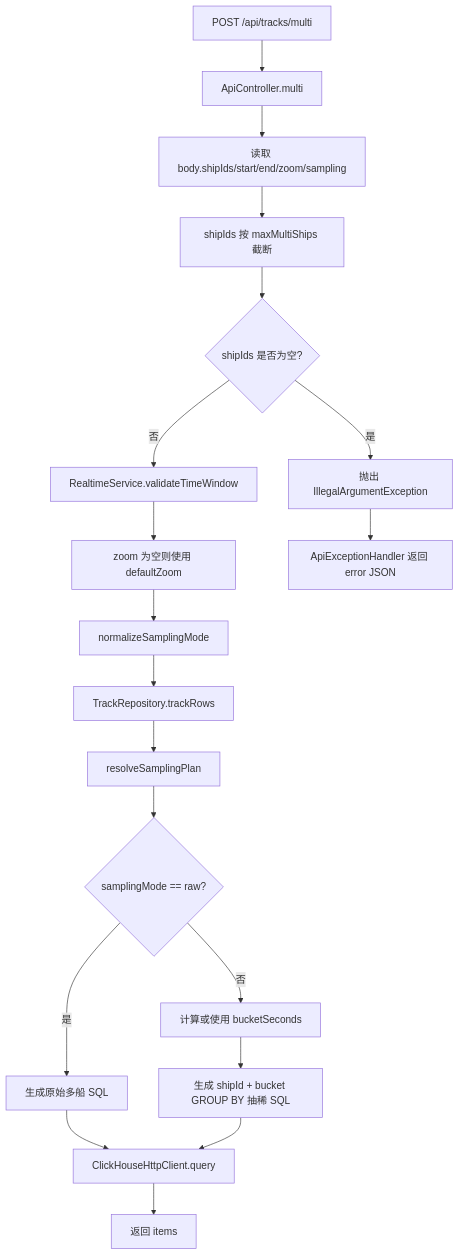
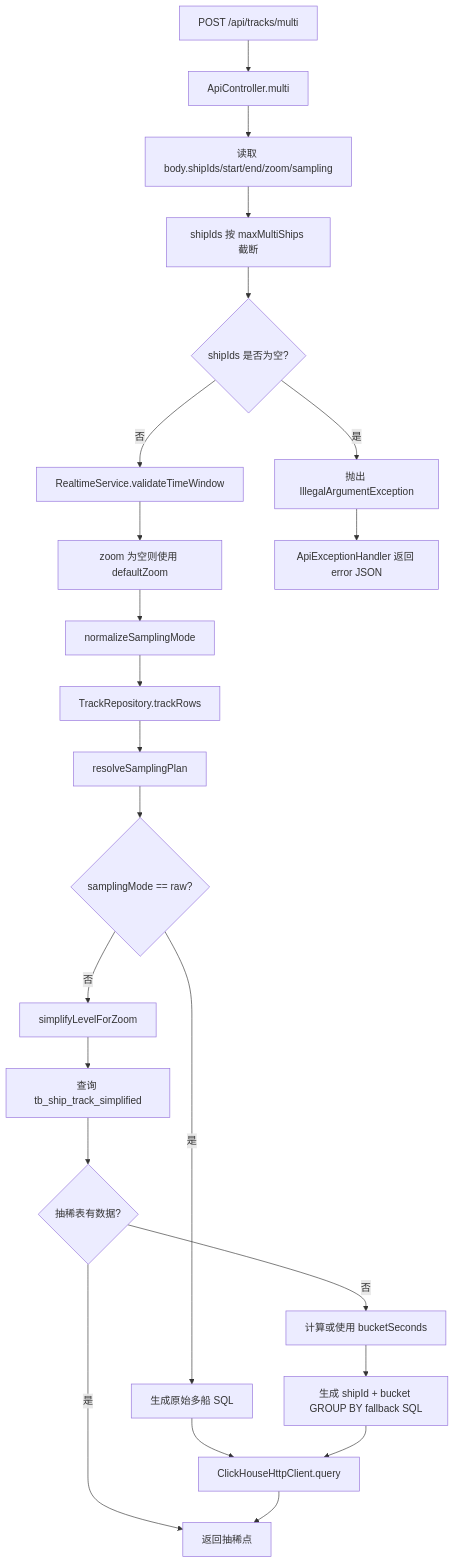
Diagram 16 of 19 in docs/API_FLOW.md (yuqiangdede/testTrack), drawn with Mermaid before and after one commit. The commit also changed other lines of this file and 14 other files, not shown here.

Commit message:
add simplified track table playback flow

````diff
--- a/docs/API_FLOW.md
+++ b/docs/API_FLOW.md
@@ -500,21 +536,25 @@
 ```mermaid
 flowchart TD
   A["POST /api/tracks/multi"] --> B["ApiController.multi"]
   B --> C["读取 body.shipIds/start/end/zoom/sampling"]
   C --> D["shipIds 按 maxMultiShips 截断"]
   D --> E{"shipIds 是否为空?"}
   E -->|是| F["抛出 IllegalArgumentException"]
   E -->|否| G["RealtimeService.validateTimeWindow"]
   G --> H["zoom 为空则使用 defaultZoom"]
   H --> I["normalizeSamplingMode"]
   I --> J["TrackRepository.trackRows"]
   J --> K["resolveSamplingPlan"]
   K --> L{"samplingMode == raw?"}
   L -->|是| M["生成原始多船 SQL"]
-  L -->|否| N["计算或使用 bucketSeconds"]
-  N --> O["生成 shipId + bucket GROUP BY 抽稀 SQL"]
-  M --> P["ClickHouseHttpClient.query"]
-  O --> P
-  P --> Q["返回 items"]
-  F --> R["ApiExceptionHandler 返回 error JSON"]
+  L -->|否| N["simplifyLevelForZoom"]
+  N --> O["查询 tb_ship_track_simplified"]
+  O --> P{"抽稀表有数据?"}
+  P -->|是| Q["返回抽稀点"]
+  P -->|否| R["计算或使用 bucketSeconds"]
+  R --> S["生成 shipId + bucket GROUP BY fallback SQL"]
+  M --> T["ClickHouseHttpClient.query"]
+  S --> T
+  T --> Q
+  F --> U["ApiExceptionHandler 返回 error JSON"]
 ```
````
